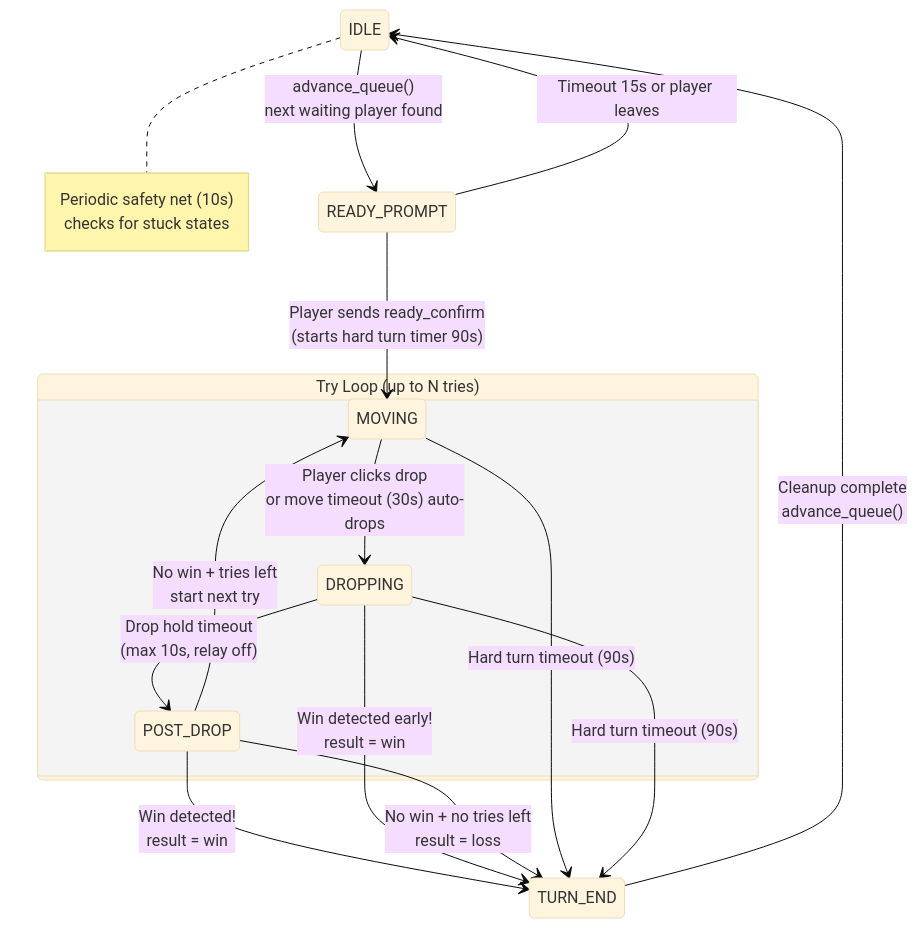
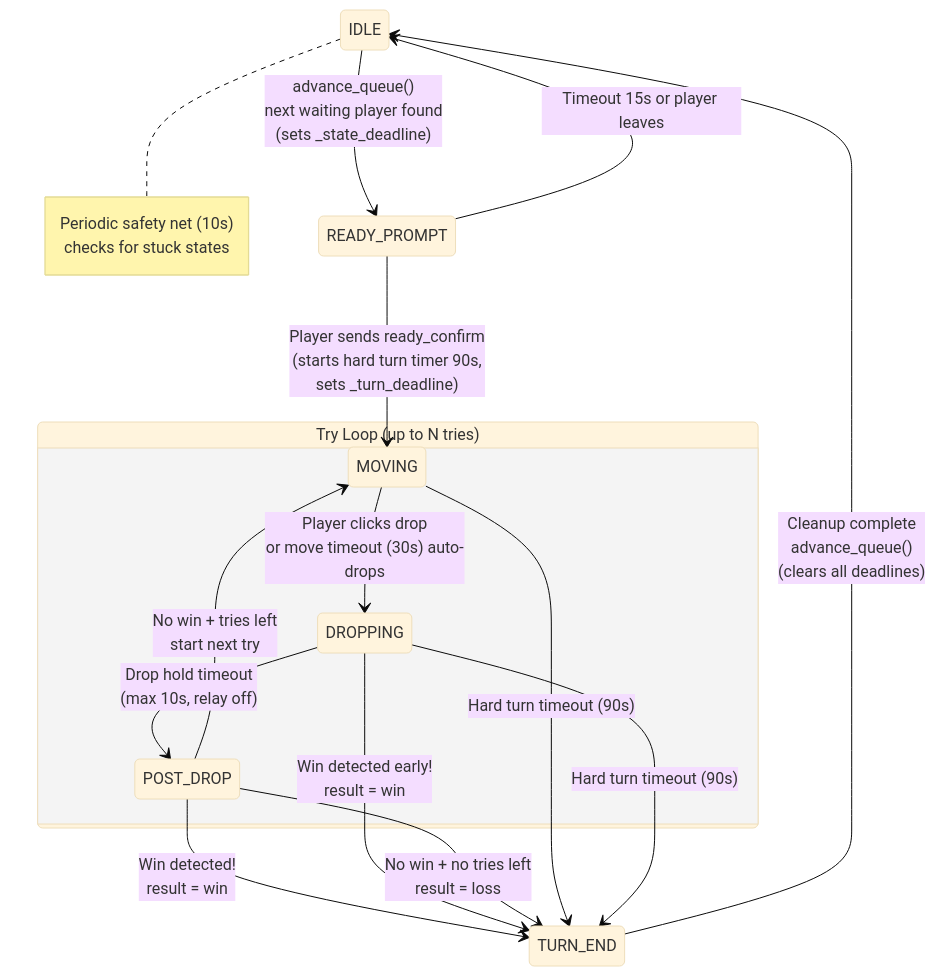
The third of 12 diagrams in docs/queue-flow.md (morroware/ECLAW), drawn with Mermaid (base theme) before and after one commit. The commit also changed other lines of this file and 2 other files, not shown here.

First line of the commit message:
Update all documentation to reflect SSOT implementation

````diff
--- a/docs/queue-flow.md
+++ b/docs/queue-flow.md
@@ -132,28 +150,28 @@
 ```mermaid
 stateDiagram-v2
     direction TB
 
-    IDLE --> READY_PROMPT : advance_queue()<br/>next waiting player found
+    IDLE --> READY_PROMPT : advance_queue()<br/>next waiting player found<br/>(sets _state_deadline)
 
-    READY_PROMPT --> MOVING : Player sends ready_confirm<br/>(starts hard turn timer 90s)
+    READY_PROMPT --> MOVING : Player sends ready_confirm<br/>(starts hard turn timer 90s,<br/>sets _turn_deadline)
     READY_PROMPT --> IDLE : Timeout 15s or player leaves
 
     state "Try Loop (up to N tries)" as TryLoop {
         MOVING --> DROPPING : Player clicks drop<br/>or move timeout (30s) auto-drops
         DROPPING --> POST_DROP : Drop hold timeout<br/>(max 10s, relay off)
         POST_DROP --> MOVING : No win + tries left<br/>start next try
     }
 
     POST_DROP --> TURN_END : Win detected!<br/>result = win
     DROPPING --> TURN_END : Win detected early!<br/>result = win
     POST_DROP --> TURN_END : No win + no tries left<br/>result = loss
     MOVING --> TURN_END : Hard turn timeout (90s)
     DROPPING --> TURN_END : Hard turn timeout (90s)
 
-    TURN_END --> IDLE : Cleanup complete<br/>advance_queue()
+    TURN_END --> IDLE : Cleanup complete<br/>advance_queue()<br/>(clears all deadlines)
 
     note right of IDLE
         Periodic safety net (10s)
         checks for stuck states
     end note
 ```
````
